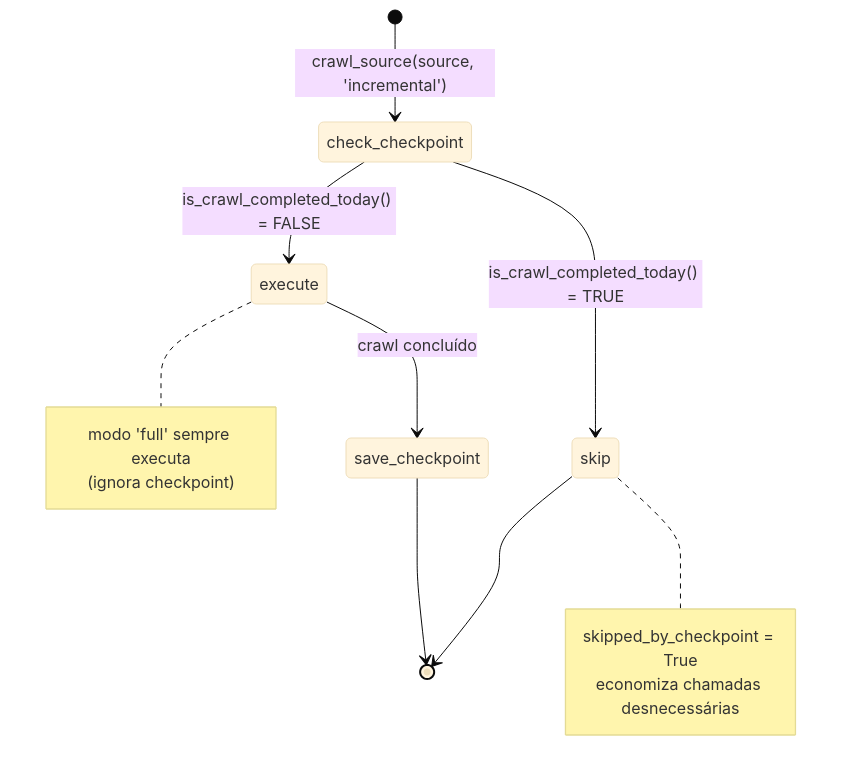
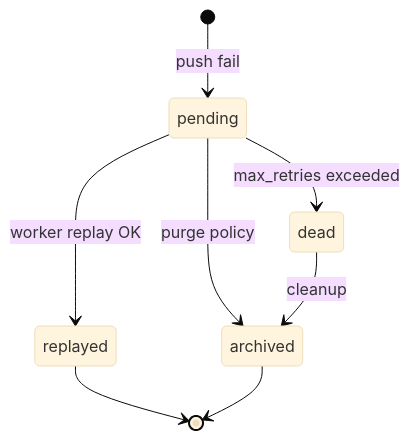
Before and after one commit to tjsasakifln/extra-cli: the fourth of 7 diagrams in _reversa_sdd/state-machines.md, drawn with Mermaid (base theme). The commit also changed other lines of this file and 164 other files, not shown here.

````diff
--- a/_reversa_sdd/state-machines.md
+++ b/_reversa_sdd/state-machines.md
@@ -107,12 +113,10 @@
 ```mermaid
 stateDiagram-v2
-    [*] --> check_checkpoint: crawl_source(source, 'incremental')
-    check_checkpoint --> skip: is_crawl_completed_today() = TRUE
-    check_checkpoint --> execute: is_crawl_completed_today() = FALSE
-    execute --> save_checkpoint: crawl concluído
-    save_checkpoint --> [*]
-    skip --> [*]
-
-    note right of skip: skipped_by_checkpoint = True<br/>economiza chamadas desnecessárias
-    note right of execute: modo 'full' sempre executa<br/>(ignora checkpoint)
+    [*] --> pending: push fail
+    pending --> replayed: worker replay OK
+    pending --> dead: max_retries exceeded
+    pending --> archived: purge policy
+    replayed --> [*]
+    dead --> archived: cleanup
+    archived --> [*]
 ```
````
